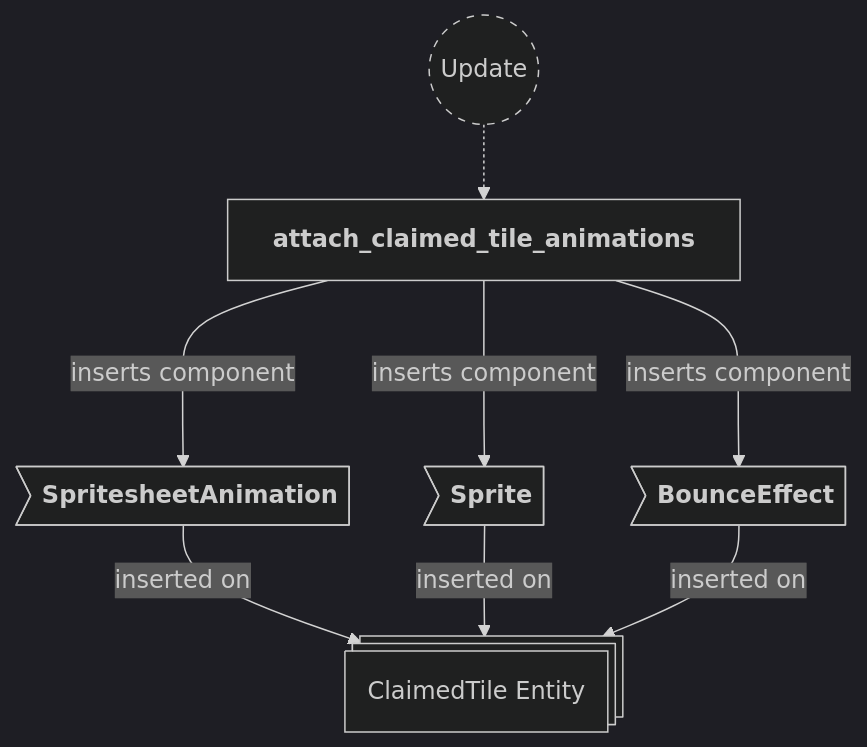
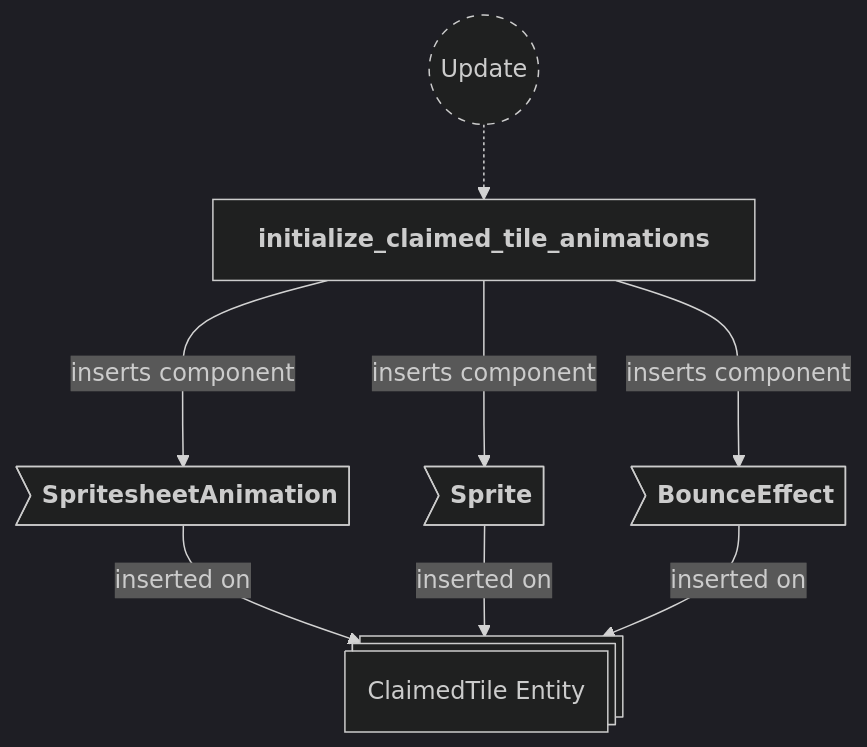
Diagram 15 of 24 in backlog/docs/doc-5 - 004-Animations-plugin.md (neurosoup/tyled), drawn with Mermaid before and after one commit. The commit also changed other lines of this file and 4 other files, not shown here.

````diff
--- a/backlog/docs/doc-5 - 004-Animations-plugin.md
+++ b/backlog/docs/doc-5 - 004-Animations-plugin.md
@@ -572,28 +572,28 @@
 ```mermaid
 ---
 config:
   theme: dark
 ---
 
 flowchart TD
 classDef system-group stroke-dasharray: 5 5
 
 update(("`Update`")):::system-group
-attach_claimed_tile_animations["`**attach_claimed_tile_animations**`"]
+initialize_claimed_tile_animations["`**initialize_claimed_tile_animations**`"]
 
-update -.-> attach_claimed_tile_animations
+update -.-> initialize_claimed_tile_animations
 
 claimed_tile_entity@{ shape: st-rect, label: "ClaimedTile Entity" }
 
 ct_anim>"`**SpritesheetAnimation**`"]
 ct_sprite>"`**Sprite**`"]
 ct_bounce>"`**BounceEffect**`"]
 
 ct_anim --> |inserted on| claimed_tile_entity
 ct_sprite --> |inserted on| claimed_tile_entity
 ct_bounce --> |inserted on| claimed_tile_entity
 
-attach_claimed_tile_animations ---> |inserts component| ct_anim
-attach_claimed_tile_animations ---> |inserts component| ct_sprite
-attach_claimed_tile_animations ---> |inserts component| ct_bounce
+initialize_claimed_tile_animations ---> |inserts component| ct_anim
+initialize_claimed_tile_animations ---> |inserts component| ct_sprite
+initialize_claimed_tile_animations ---> |inserts component| ct_bounce
 ```
````
